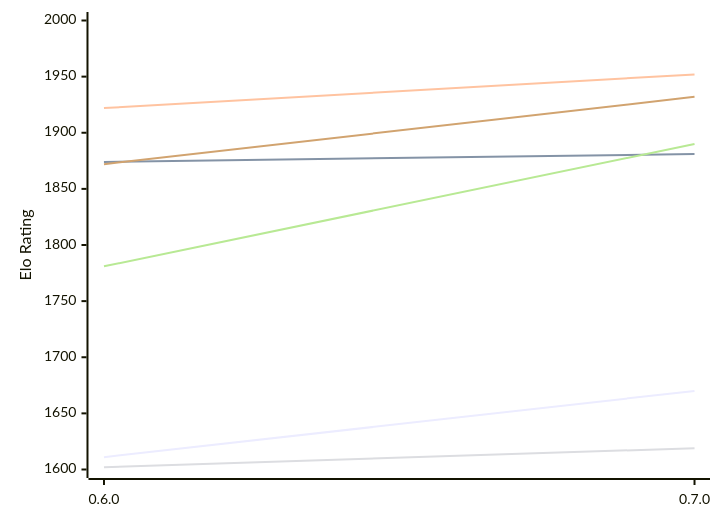
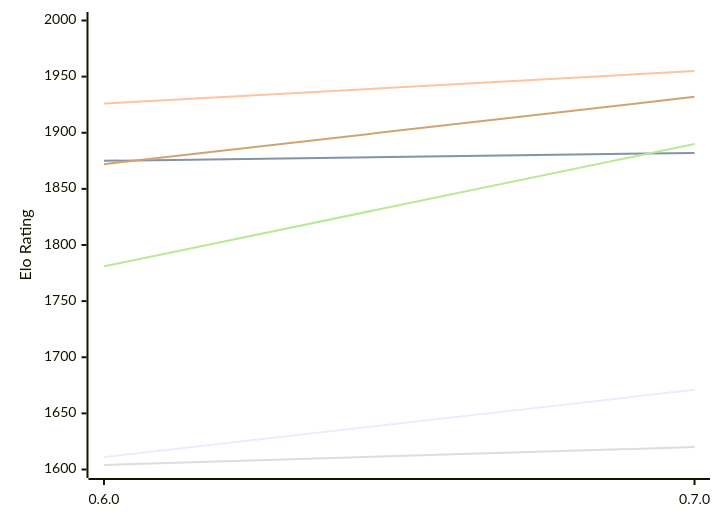
Before and after one commit to computer-chess-index/cci: the first of 2 diagrams in engines/Chess-rs.md, drawn with Mermaid. The commit also changed other lines of this file, not shown here.

Commit message:
Update CCI Ratings (ELO VLTC) - 2026-11-26

````diff
--- a/engines/Chess-rs.md
+++ b/engines/Chess-rs.md
@@ -51,12 +51,12 @@
 ```mermaid
 %%{init: {"theme":"base","themeVariables":{"seriesColors:['#a3a3a3','#222221','#faa371']}}}%%
 xychart-beta
   x-axis ["0.6.0", "0.7.0"]
   y-axis "Elo Rating" 1600 --> 2000
-  line "E1: STC (8.0+0.08s)" [1611, 1670]
-  line "E1: LTC (60.0+0.60s)" [1874, 1881]
-  line "E1: VLTC (2m24s+1.12s)" [1922, 1952]
-  line "P1: STC (8.0+0.08s)" [1602, 1619]
+  line "E1: STC (8.0+0.08s)" [1611, 1671]
+  line "E1: LTC (60.0+0.60s)" [1875, 1882]
+  line "E1: VLTC (2m24s+1.12s)" [1926, 1955]
+  line "P1: STC (8.0+0.08s)" [1604, 1620]
   line "P1: LTC (60.0+0.60s)" [1781, 1890]
   line "P1: VLTC (2m24s+1.12s)" [1872, 1932]
 ```
````
